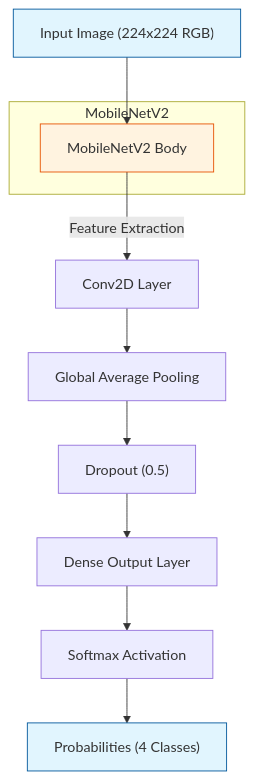
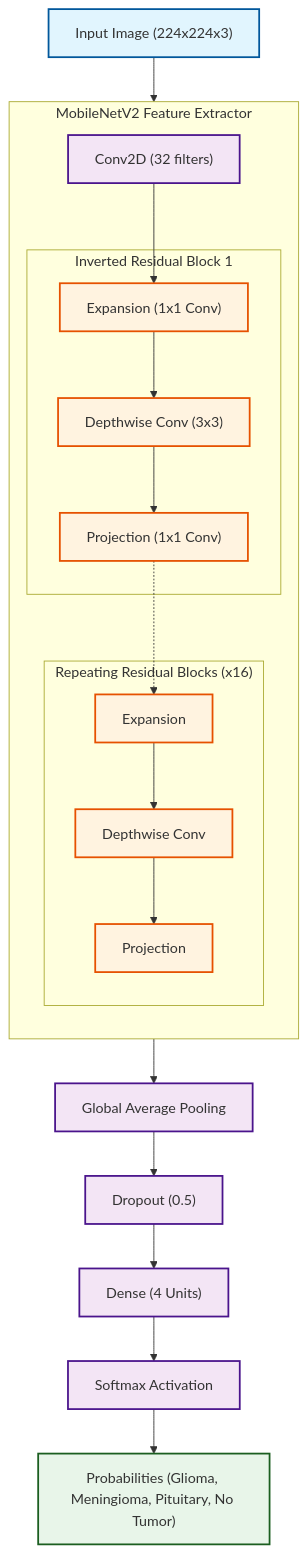
Before and after one commit to yashnaiduu/NeuroScan: the diagram in README.md, drawn with Mermaid. The commit also changed 1 other file, not shown here.

Commit message:
docs: force add demo video and enhance architecture diagram

````diff
--- a/README.md
+++ b/README.md
@@ -22,18 +22,50 @@
 ```mermaid
 graph TD
-    Input["Input Image (224x224 RGB)"] --> Mobilenet[MobileNetV2 Body]
-    Mobilenet --> |Feature Extraction| Conv[Conv2D Layer]
-    Conv --> GAP[Global Average Pooling]
-    GAP --> Dropout["Dropout (0.5)"]
-    Dropout --> Dense[Dense Output Layer]
-    Dense --> Softmax[Softmax Activation]
-    Softmax --> Output["Probabilities (4 Classes)"]
+    %% Define Styles
+    classDef input fill:#e1f5fe,stroke:#01579b,stroke-width:2px;
+    classDef block fill:#fff3e0,stroke:#e65100,stroke-width:2px;
+    classDef layer fill:#f3e5f5,stroke:#4a148c,stroke-width:2px;
+    classDef output fill:#e8f5e9,stroke:#1b5e20,stroke-width:2px;
+
+    %% Nodes
+    Input["Input Image (224x224x3)"]:::input
     
-    subgraph MobileNetV2
-        Mobilenet
+    subgraph Backbone ["MobileNetV2 Feature Extractor"]
+        direction TB
+        Conv1["Conv2D (32 filters)"]:::layer
+        
+        subgraph Block1 ["Inverted Residual Block 1"]
+            Exp1["Expansion (1x1 Conv)"]:::block
+            DW1["Depthwise Conv (3x3)"]:::block
+            Proj1["Projection (1x1 Conv)"]:::block
+        end
+        
+        subgraph BlockN ["Repeating Residual Blocks (x16)"]
+            ExpN["Expansion"]:::block
+            DWN["Depthwise Conv"]:::block
+            ProjN["Projection"]:::block
+        end
     end
+
+    GAP["Global Average Pooling"]:::layer
+    Dropout["Dropout (0.5)"]:::layer
+    Dense["Dense (4 Units)"]:::layer
+    Softmax["Softmax Activation"]:::layer
+    Output["Probabilities (Glioma, Meningioma, Pituitary, No Tumor)"]:::output
+
+    %% Connections
+    Input --> Conv1
+    Conv1 --> Exp1
+    Exp1 --> DW1
+    DW1 --> Proj1
+    Proj1 -.-> ExpN
     
-    style Input fill:#e1f5fe,stroke:#01579b
-    style Output fill:#e1f5fe,stroke:#01579b
-    style Mobilenet fill:#fff3e0,stroke:#e65100
+    ExpN --> DWN
+    DWN --> ProjN
+    ProjN --> GAP
+    
+    GAP --> Dropout
+    Dropout --> Dense
+    Dense --> Softmax
+    Softmax --> Output
 ```
````
